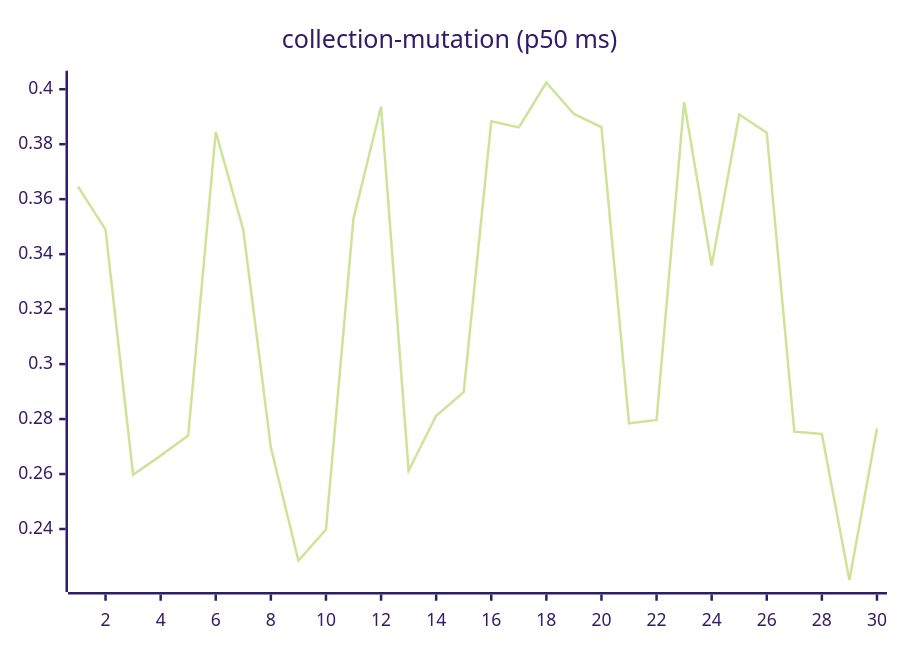
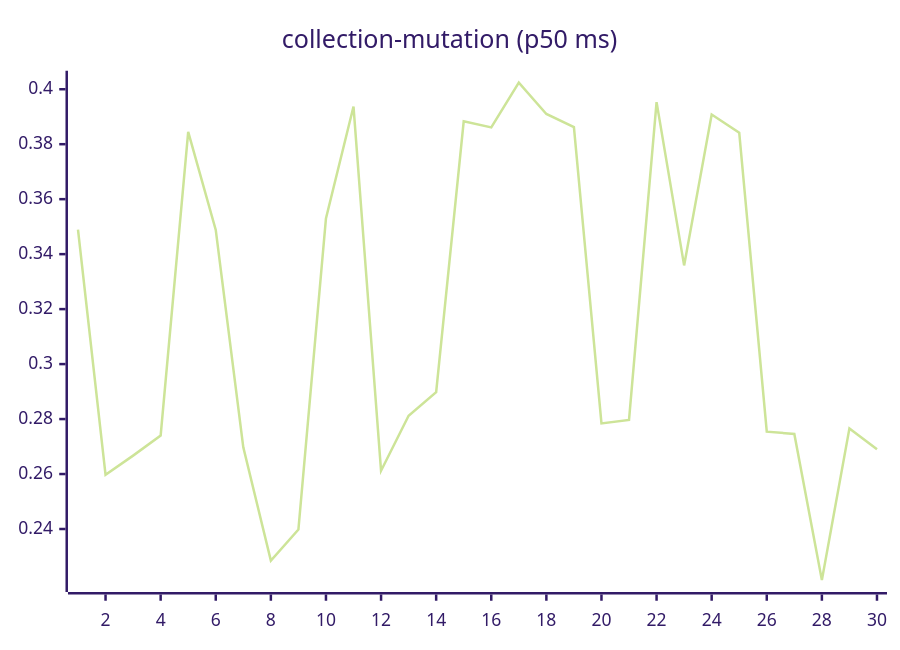
One commit to josha/Facet changed the sixth of 27 diagrams in README.md. Above: the diagram before and after it, drawn with Mermaid (forest theme). The commit also changed other lines of this file and 2 other files, not shown here.

````diff
--- a/README.md
+++ b/README.md
@@ -98,6 +98,6 @@
 ```mermaid
 xychart-beta
     title "collection-mutation (p50 ms)"
     x-axis 1 --> 30
-    line [0.3646, 0.3489, 0.2597, 0.2667, 0.2740, 0.3845, 0.3488, 0.2697, 0.2285, 0.2398, 0.3530, 0.3937, 0.2612, 0.2812, 0.2898, 0.3883, 0.3861, 0.4024, 0.3910, 0.3862, 0.2784, 0.2797, 0.3953, 0.3359, 0.3908, 0.3842, 0.2754, 0.2746, 0.2214, 0.2766]
+    line [0.3489, 0.2597, 0.2667, 0.2740, 0.3845, 0.3488, 0.2697, 0.2285, 0.2398, 0.3530, 0.3937, 0.2612, 0.2812, 0.2898, 0.3883, 0.3861, 0.4024, 0.3910, 0.3862, 0.2784, 0.2797, 0.3953, 0.3359, 0.3908, 0.3842, 0.2754, 0.2746, 0.2214, 0.2766, 0.2690]
 ```
````
